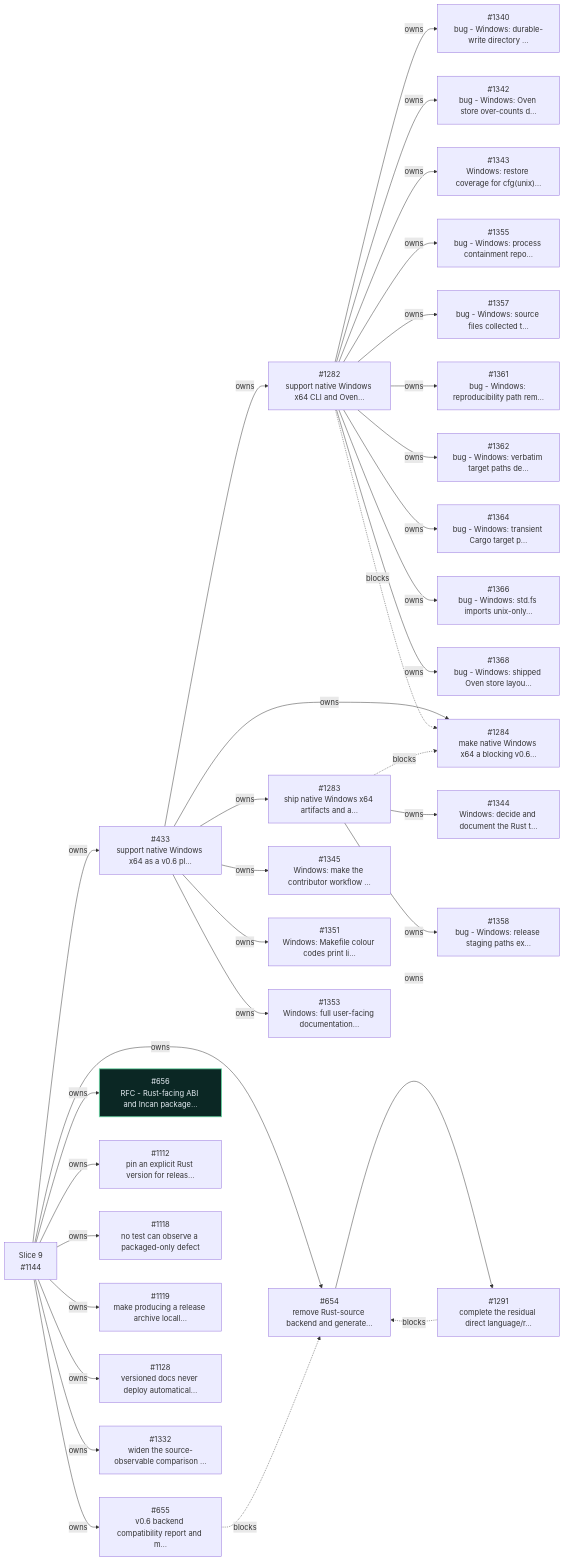
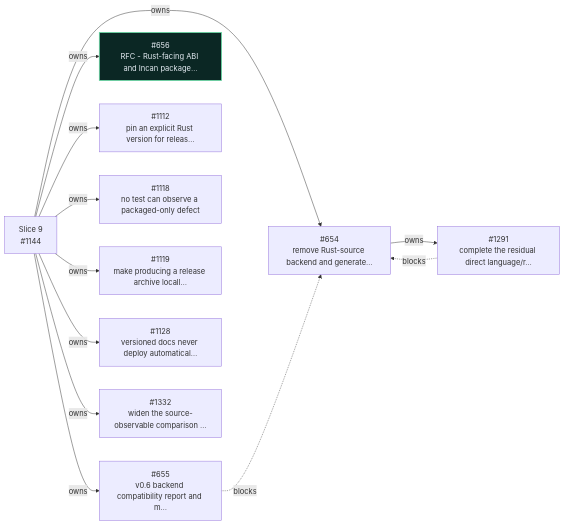
Before and after one commit to dannys-code-corner/incan: the ninth of 9 diagrams in workspaces/docs-site/docs/_snippets/project/v0_6_roadmap.md, drawn with Mermaid. The commit also changed other lines of this file and 2 other files, not shown here.

First line of the commit message:
chore - 1379 re-sequence v0.6 slices and give slice 8 its own parent

````diff
--- a/workspaces/docs-site/docs/_snippets/project/v0_6_roadmap.md
+++ b/workspaces/docs-site/docs/_snippets/project/v0_6_roadmap.md
@@ -623,6 +626,5 @@
 ```mermaid
 flowchart LR
-  i433["#433<br/>support native Windows x64 as a v0.6 pl…"]
   i654["#654<br/>remove Rust-source backend and generate…"]
   i655["#655<br/>v0.6 backend compatibility report and m…"]
   i656["#656<br/>RFC - Rust-facing ABI and Incan package…"]
@@ -631,27 +633,8 @@
   i1119["#1119<br/>make producing a release archive locall…"]
   i1128["#1128<br/>versioned docs never deploy automatical…"]
   s1144["Slice 9<br/>#1144"]
-  i1282["#1282<br/>support native Windows x64 CLI and Oven…"]
-  i1283["#1283<br/>ship native Windows x64 artifacts and a…"]
-  i1284["#1284<br/>make native Windows x64 a blocking v0.6…"]
   i1291["#1291<br/>complete the residual direct language/r…"]
   i1332["#1332<br/>widen the source-observable comparison …"]
-  i1340["#1340<br/>bug - Windows: durable-write directory …"]
-  i1342["#1342<br/>bug - Windows: Oven store over-counts d…"]
-  i1343["#1343<br/>Windows: restore coverage for cfg(unix)…"]
-  i1344["#1344<br/>Windows: decide and document the Rust t…"]
-  i1345["#1345<br/>Windows: make the contributor workflow …"]
-  i1351["#1351<br/>Windows: Makefile colour codes print li…"]
-  i1353["#1353<br/>Windows: full user-facing documentation…"]
-  i1355["#1355<br/>bug - Windows: process containment repo…"]
-  i1357["#1357<br/>bug - Windows: source files collected t…"]
-  i1358["#1358<br/>bug - Windows: release staging paths ex…"]
-  i1361["#1361<br/>bug - Windows: reproducibility path rem…"]
-  i1362["#1362<br/>bug - Windows: verbatim target paths de…"]
-  i1364["#1364<br/>bug - Windows: transient Cargo target p…"]
-  i1366["#1366<br/>bug - Windows: std.fs imports unix-only…"]
-  i1368["#1368<br/>bug - Windows: shipped Oven store layou…"]
-  s1144 -- owns --> i433
   s1144 -- owns --> i654
   s1144 -- owns --> i655
   s1144 -- owns --> i656
@@ -659,33 +642,12 @@
   s1144 -- owns --> i1118
   s1144 -- owns --> i1119
   s1144 -- owns --> i1128
-  i433 -- owns --> i1282
-  i433 -- owns --> i1283
-  i433 -- owns --> i1284
   i654 -- owns --> i1291
   s1144 -- owns --> i1332
-  i1282 -- owns --> i1340
-  i1282 -- owns --> i1342
-  i1282 -- owns --> i1343
-  i1283 -- owns --> i1344
-  i433 -- owns --> i1345
-  i433 -- owns --> i1351
-  i433 -- owns --> i1353
-  i1282 -- owns --> i1355
-  i1282 -- owns --> i1357
-  i1283 -- owns --> i1358
-  i1282 -- owns --> i1361
-  i1282 -- owns --> i1362
-  i1282 -- owns --> i1364
-  i1282 -- owns --> i1366
-  i1282 -- owns --> i1368
   i655 -. blocks .-> i654
   i1291 -. blocks .-> i654
-  i1282 -. blocks .-> i1284
-  i1283 -. blocks .-> i1284
   classDef incv06complete fill:#0b2724,stroke:#66d9a3,color:#e4ebf2,stroke-width:1.7px
   class i656 incv06complete
-  click i433 href "https://github.com/encero-systems/incan/issues/433" "Open #433 on GitHub"
   click i654 href "https://github.com/encero-systems/incan/issues/654" "Open #654 on GitHub"
   click i655 href "https://github.com/encero-systems/incan/issues/655" "Open #655 on GitHub"
   click i656 href "https://github.com/encero-systems/incan/issues/656" "Open #656 on GitHub"
@@ -694,24 +656,6 @@
   click i1119 href "https://github.com/encero-systems/incan/issues/1119" "Open #1119 on GitHub"
   click i1128 href "https://github.com/encero-systems/incan/issues/1128" "Open #1128 on GitHub"
   click s1144 href "https://github.com/encero-systems/incan/issues/1144" "Open #1144 on GitHub"
-  click i1282 href "https://github.com/encero-systems/incan/issues/1282" "Open #1282 on GitHub"
-  click i1283 href "https://github.com/encero-systems/incan/issues/1283" "Open #1283 on GitHub"
-  click i1284 href "https://github.com/encero-systems/incan/issues/1284" "Open #1284 on GitHub"
   click i1291 href "https://github.com/encero-systems/incan/issues/1291" "Open #1291 on GitHub"
   click i1332 href "https://github.com/encero-systems/incan/issues/1332" "Open #1332 on GitHub"
-  click i1340 href "https://github.com/encero-systems/incan/issues/1340" "Open #1340 on GitHub"
-  click i1342 href "https://github.com/encero-systems/incan/issues/1342" "Open #1342 on GitHub"
-  click i1343 href "https://github.com/encero-systems/incan/issues/1343" "Open #1343 on GitHub"
-  click i1344 href "https://github.com/encero-systems/incan/issues/1344" "Open #1344 on GitHub"
-  click i1345 href "https://github.com/encero-systems/incan/issues/1345" "Open #1345 on GitHub"
-  click i1351 href "https://github.com/encero-systems/incan/issues/1351" "Open #1351 on GitHub"
-  click i1353 href "https://github.com/encero-systems/incan/issues/1353" "Open #1353 on GitHub"
-  click i1355 href "https://github.com/encero-systems/incan/issues/1355" "Open #1355 on GitHub"
-  click i1357 href "https://github.com/encero-systems/incan/issues/1357" "Open #1357 on GitHub"
-  click i1358 href "https://github.com/encero-systems/incan/issues/1358" "Open #1358 on GitHub"
-  click i1361 href "https://github.com/encero-systems/incan/issues/1361" "Open #1361 on GitHub"
-  click i1362 href "https://github.com/encero-systems/incan/issues/1362" "Open #1362 on GitHub"
-  click i1364 href "https://github.com/encero-systems/incan/issues/1364" "Open #1364 on GitHub"
-  click i1366 href "https://github.com/encero-systems/incan/issues/1366" "Open #1366 on GitHub"
-  click i1368 href "https://github.com/encero-systems/incan/issues/1368" "Open #1368 on GitHub"
 ```
````
